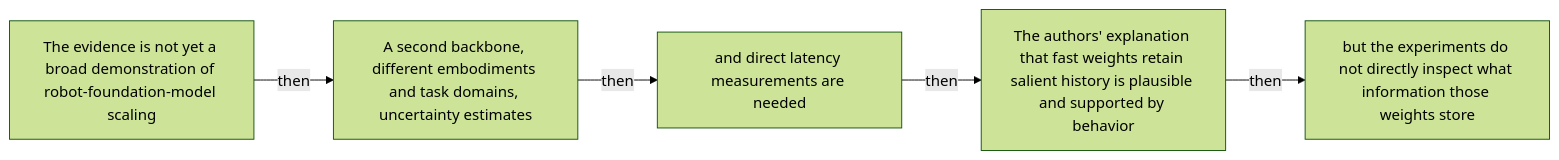
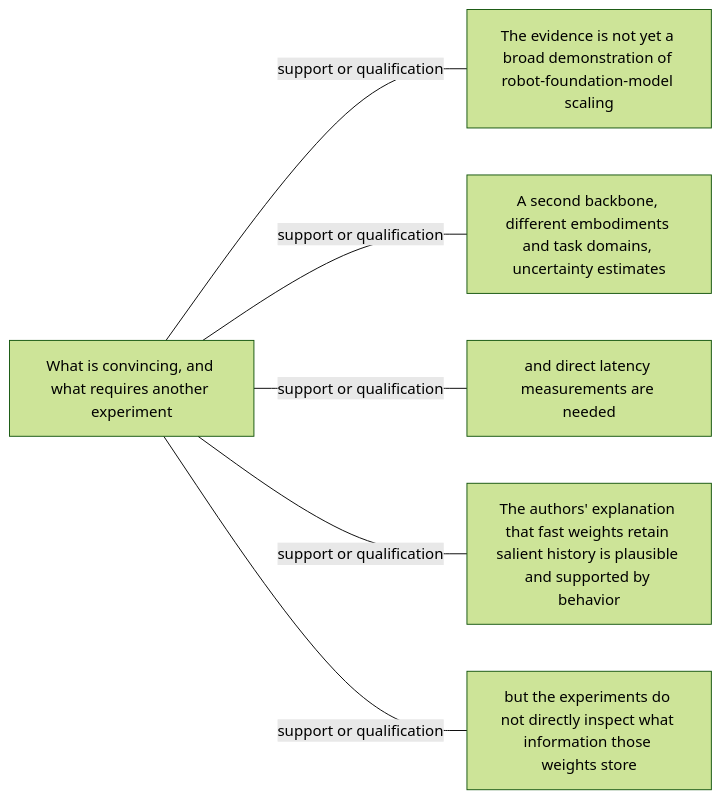
Before and after one commit to Betancourt1/paper_atlas: diagram 48 of 48 in docs/visual-manifests/VISUAL_MANIFEST_ROBOTT.md, drawn with Mermaid (forest theme). The commit also changed other lines of this file and 7 other files, not shown here.

````diff
--- a/docs/visual-manifests/VISUAL_MANIFEST_ROBOTT.md
+++ b/docs/visual-manifests/VISUAL_MANIFEST_ROBOTT.md
@@ -4011,12 +4024,14 @@
 ```mermaid
 flowchart LR
-  n1["The evidence is not yet a broad demonstration of robot-foundation-model scaling"]
-  n2["A second backbone, different embodiments and task domains, uncertainty estimates"]
-  n3["and direct latency measurements are needed"]
-  n4["The authors' explanation that fast weights retain salient history is plausible and supported by behavior"]
-  n5["but the experiments do not directly inspect what information those weights store"]
-  n1 -->|"then"| n2
-  n2 -->|"then"| n3
-  n3 -->|"then"| n4
-  n4 -->|"then"| n5
+  center["What is convincing, and what requires another experiment"]
+  f1["The evidence is not yet a broad demonstration of robot-foundation-model scaling"]
+  f2["A second backbone, different embodiments and task domains, uncertainty estimates"]
+  f3["and direct latency measurements are needed"]
+  f4["The authors' explanation that fast weights retain salient history is plausible and supported by behavior"]
+  f5["but the experiments do not directly inspect what information those weights store"]
+  center ---|"support or qualification"| f1
+  center ---|"support or qualification"| f2
+  center ---|"support or qualification"| f3
+  center ---|"support or qualification"| f4
+  center ---|"support or qualification"| f5
 ```
````
